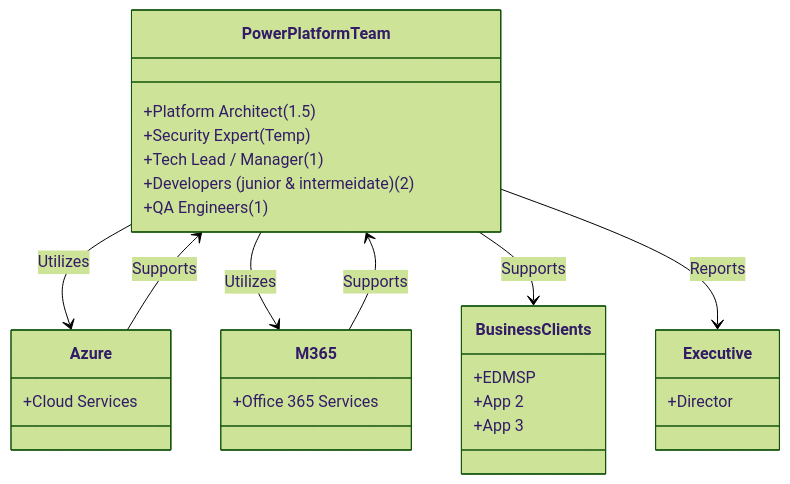
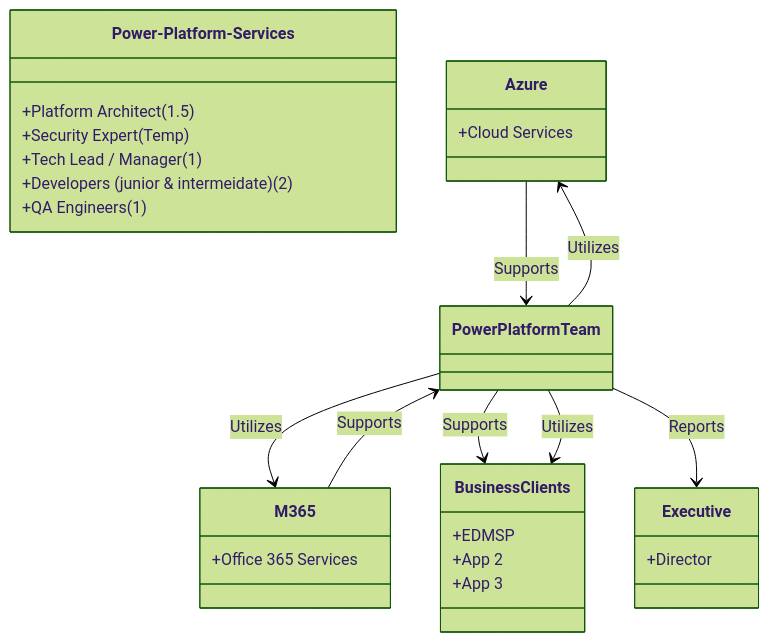
One commit to fpearsonCS/Documentation changed the seventh of 7 diagrams in README.md. Above: the diagram before and after it, drawn with Mermaid (forest theme).

````diff
--- a/README.md
+++ b/README.md
@@ -334,30 +334,31 @@
 ```mermaid
 classDiagram
-  class PowerPlatformTeam {
+  class Power-Platform-Services {
     +Platform Architect (1.5)
     +Security Expert (Temp)
     +Tech Lead / Manager (1)
     +Developers (junior & intermeidate) (2)
     +QA Engineers (1)
   }
   class Azure {
     +Cloud Services
   }
   class Executive {
     +Director
   }
   class M365 {
     +Office 365 Services
   }
   class BusinessClients {
     +EDMSP
     +App 2
     +App 3
   }
   PowerPlatformTeam --> Azure : Utilizes
   PowerPlatformTeam --> M365 : Utilizes
   Azure --> PowerPlatformTeam : Supports
   M365 --> PowerPlatformTeam : Supports
   PowerPlatformTeam --> BusinessClients : Supports
+  PowerPlatformTeam --> BusinessClients : Utilizes
   PowerPlatformTeam --> Executive : Reports
 ```
````
